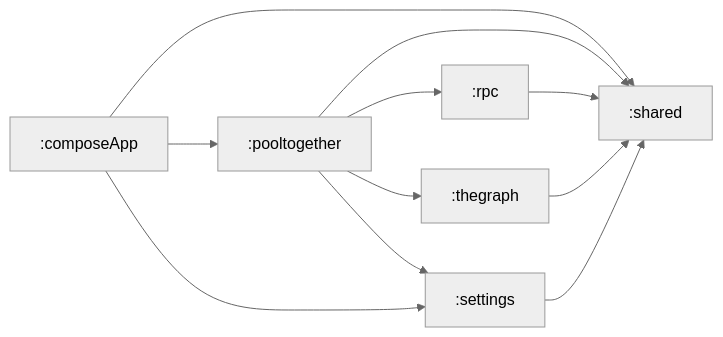
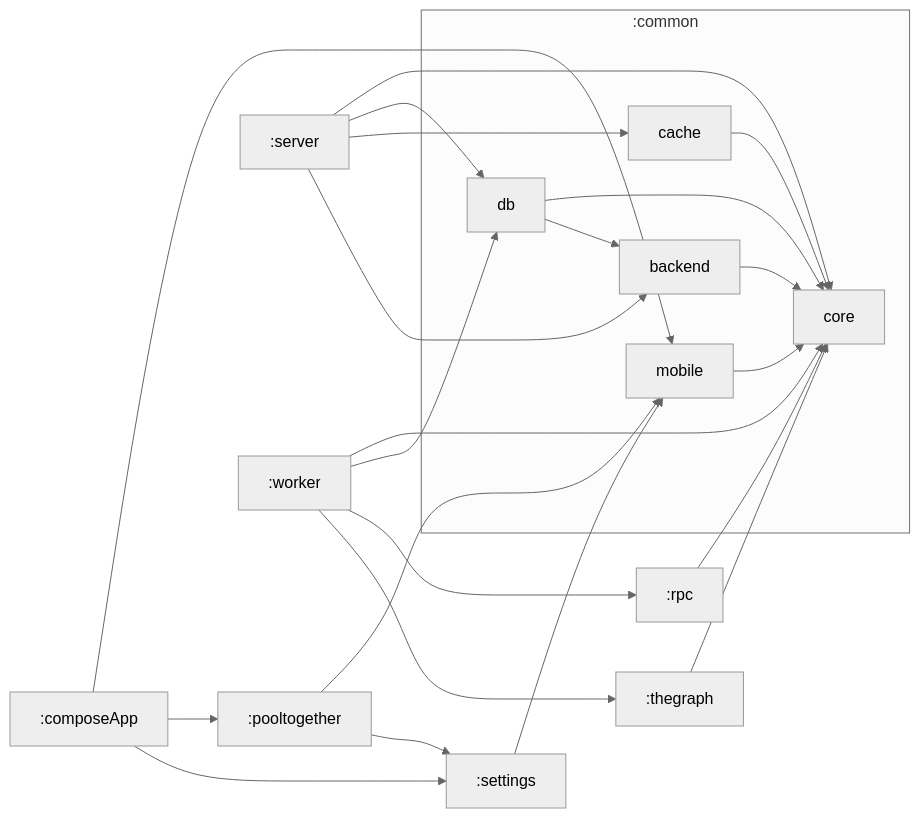
The second of 2 diagrams in README.md (octogene/pooly), drawn with Mermaid before and after one commit.

Commit message:
docs: update module graph

````diff
--- a/README.md
+++ b/README.md
@@ -125,18 +125,37 @@
 ```mermaid
 %%{
   init: {
     'theme': 'neutral'
   }
 }%%
+
 graph LR
-    :composeApp --> :shared
-    :composeApp --> :pooltogether
-    :composeApp --> :settings
-    :rpc --> :shared
-    :thegraph --> :shared
-    :pooltogether --> :shared
-    :pooltogether --> :rpc
-    :pooltogether --> :thegraph
-    :pooltogether --> :settings
-    :settings --> :shared
+  subgraph :common
+    :common:db["db"]
+    :common:core["core"]
+    :common:backend["backend"]
+    :common:mobile["mobile"]
+    :common:cache["cache"]
+  end
+  :common:db --> :common:core
+  :common:db --> :common:backend
+  :thegraph --> :common:core
+  :rpc --> :common:core
+  :settings --> :common:mobile
+  :common:mobile --> :common:core
+  :composeApp --> :common:mobile
+  :composeApp --> :pooltogether
+  :composeApp --> :settings
+  :pooltogether --> :common:mobile
+  :pooltogether --> :settings
+  :server --> :common:core
+  :server --> :common:db
+  :server --> :common:cache
+  :server --> :common:backend
+  :common:backend --> :common:core
+  :common:cache --> :common:core
+  :worker --> :common:core
+  :worker --> :common:db
+  :worker --> :rpc
+  :worker --> :thegraph
 ```
````
